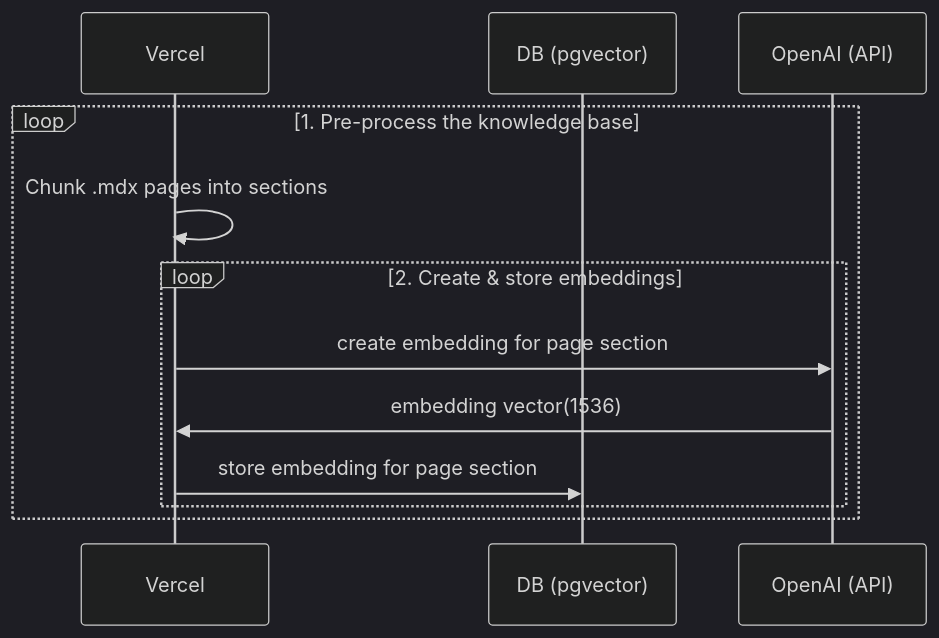
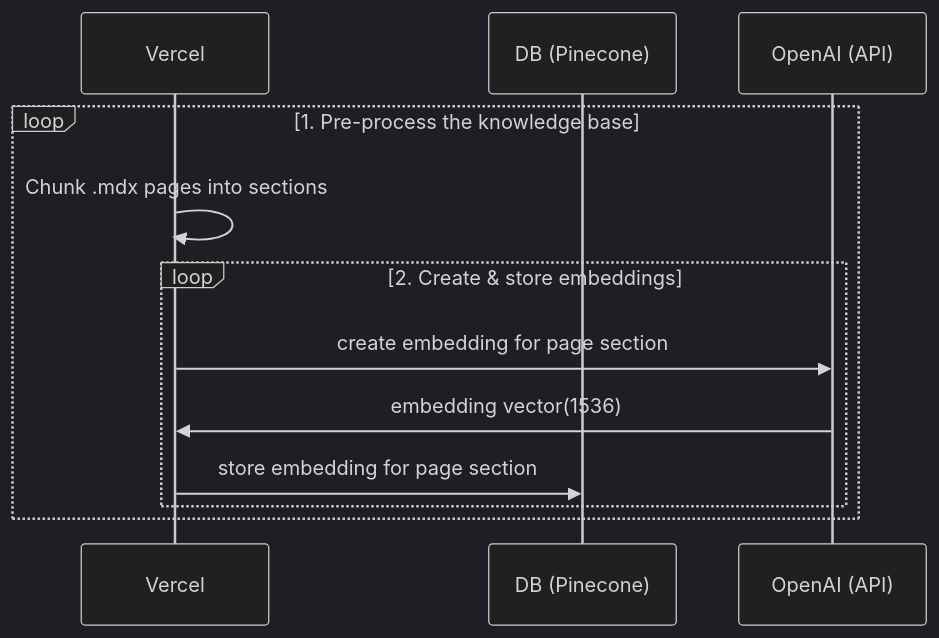
The diagram in README.md (richafltr/StellarGPT), drawn with Mermaid (dark theme) before and after one commit.

````diff
--- a/README.md
+++ b/README.md
@@ -23,14 +23,14 @@
 ```mermaid
 sequenceDiagram
     participant Vercel
-    participant DB (pgvector)
+    participant DB (Pinecone)
     participant OpenAI (API)
     loop 1. Pre-process the knowledge base
         Vercel->>Vercel: Chunk .mdx pages into sections
         loop 2. Create & store embeddings
             Vercel->>OpenAI (API): create embedding for page section
             OpenAI (API)->>Vercel: embedding vector(1536)
-            Vercel->>DB (pgvector): store embedding for page section
+            Vercel->>DB (Pinecone): store embedding for page section
         end
     end
 ```
````
